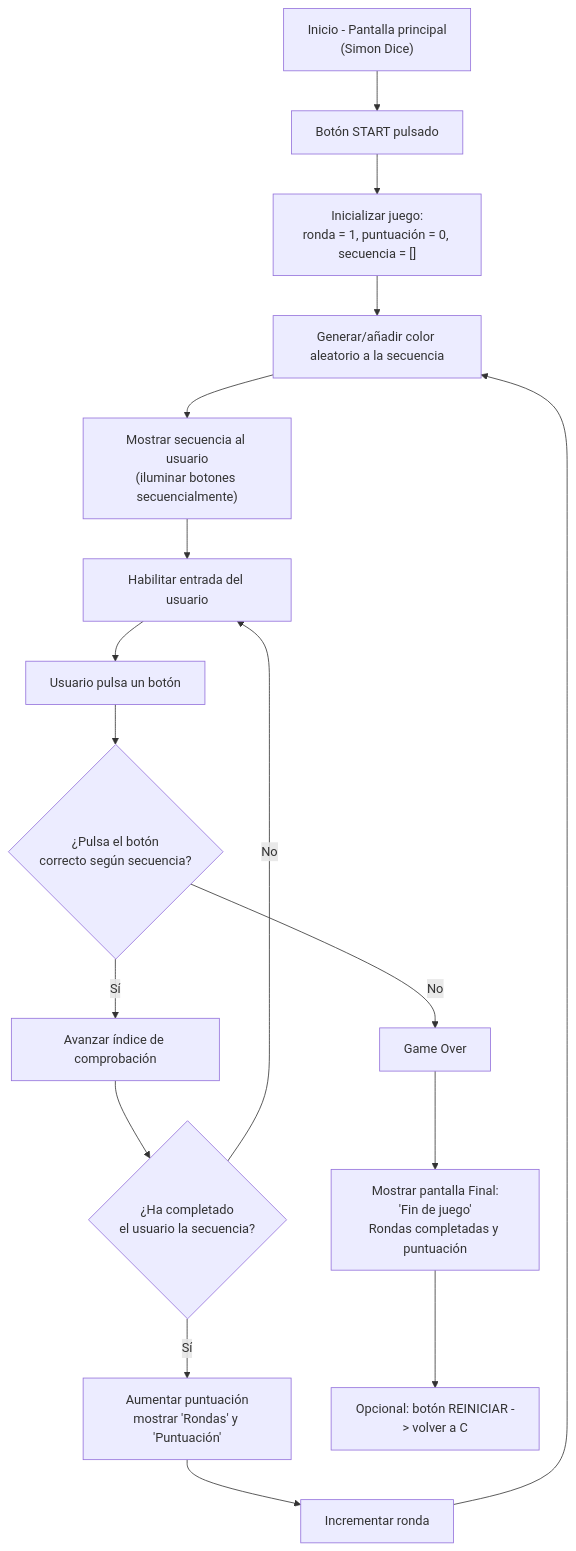
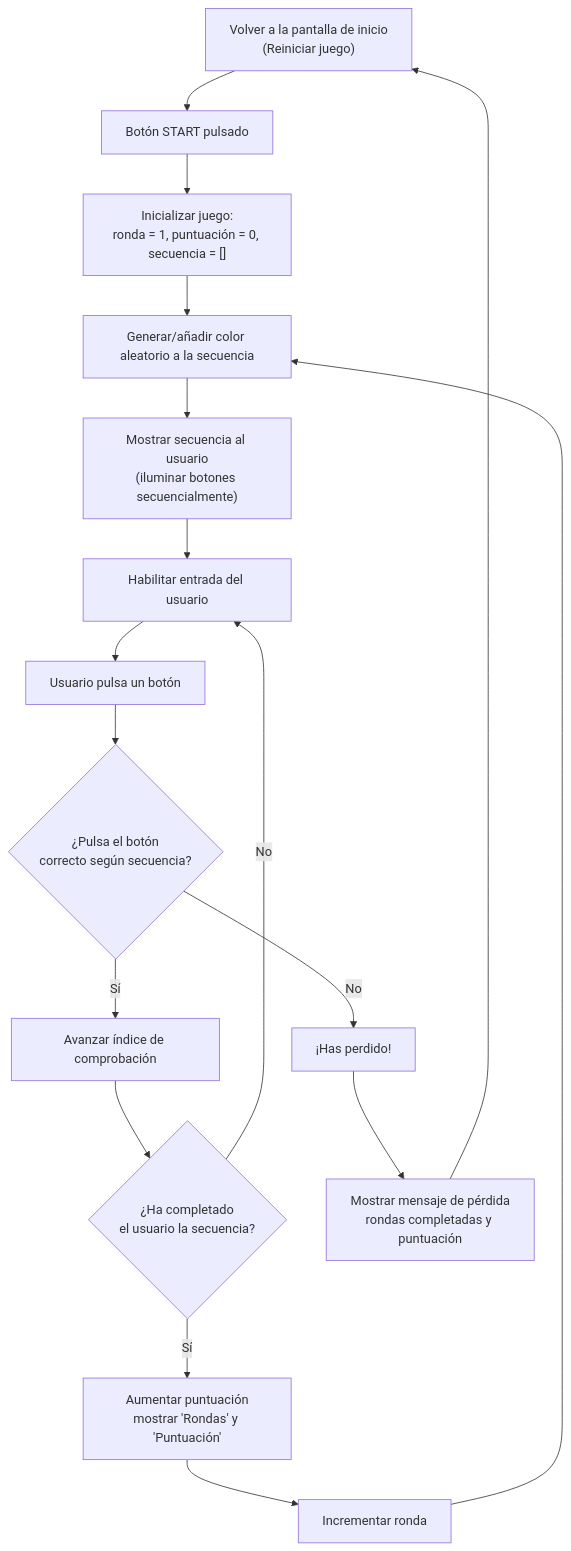
One commit to saulmnz/SIMON_DICE_PMDM_SAUL_ADRIAN changed the second of 2 diagrams in README.md. Above: the diagram before and after it, drawn with Mermaid. The commit also changed other lines of this file, not shown here.

Commit message:
CORREGIDO FLUJO

````diff
--- a/README.md
+++ b/README.md
@@ -48,20 +48,26 @@
 ```mermaid
 flowchart TD
   A["Inicio - Pantalla principal<br/>(Simon Dice)"] --> B["Botón START pulsado"]
   B --> C["Inicializar juego:<br/>ronda = 1, puntuación = 0, secuencia = []"]
   C --> D["Generar/añadir color aleatorio a la secuencia"]
   D --> E["Mostrar secuencia al usuario<br/>(iluminar botones secuencialmente)"]
   E --> F["Habilitar entrada del usuario"]
   F --> G["Usuario pulsa un botón"]
+
   G --> H{"¿Pulsa el botón<br/>correcto según secuencia?"}
+
   H -->|"Sí"| I["Avanzar índice de comprobación"]
+
   I --> J{"¿Ha completado<br/>el usuario la secuencia?"}
   J -->|"No"| F
   J -->|"Sí"| K["Aumentar puntuación<br/>mostrar 'Rondas' y 'Puntuación'"]
+
   K --> L["Incrementar ronda"]
   L --> D
-  H -->|"No"| M["Game Over"]
-  M --> N["Mostrar pantalla Final:<br/>'Fin de juego'<br/>Rondas completadas y puntuación"]
-  N --> O["Opcional: botón REINICIAR -> volver a C"]
+
+  H -->|"No"| M["¡Has perdido!"]
+  M --> N["Mostrar mensaje de pérdida<br/>rondas completadas y puntuación"]
+  N --> A["Volver a la pantalla de inicio<br/>(Reiniciar juego)"]
+
 
 ```
````
